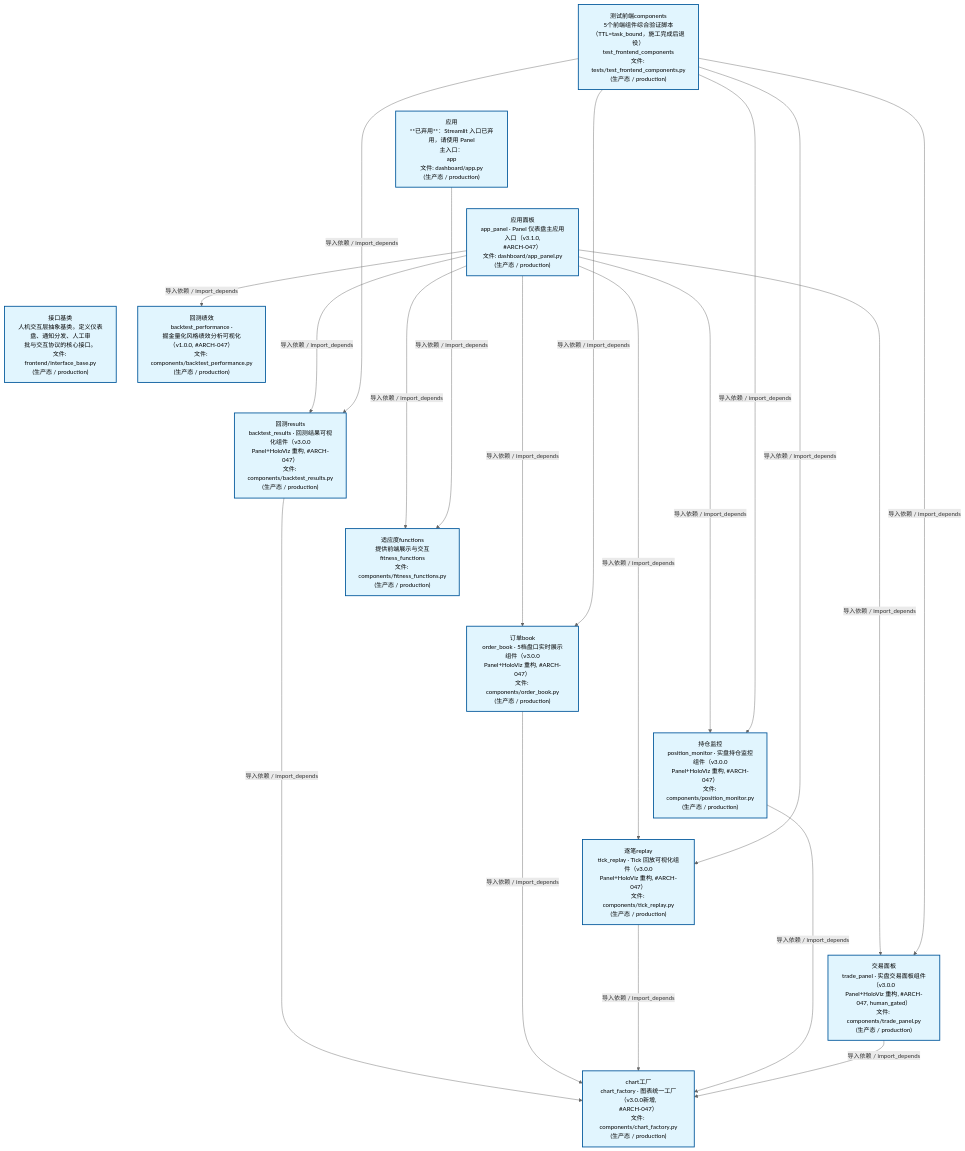
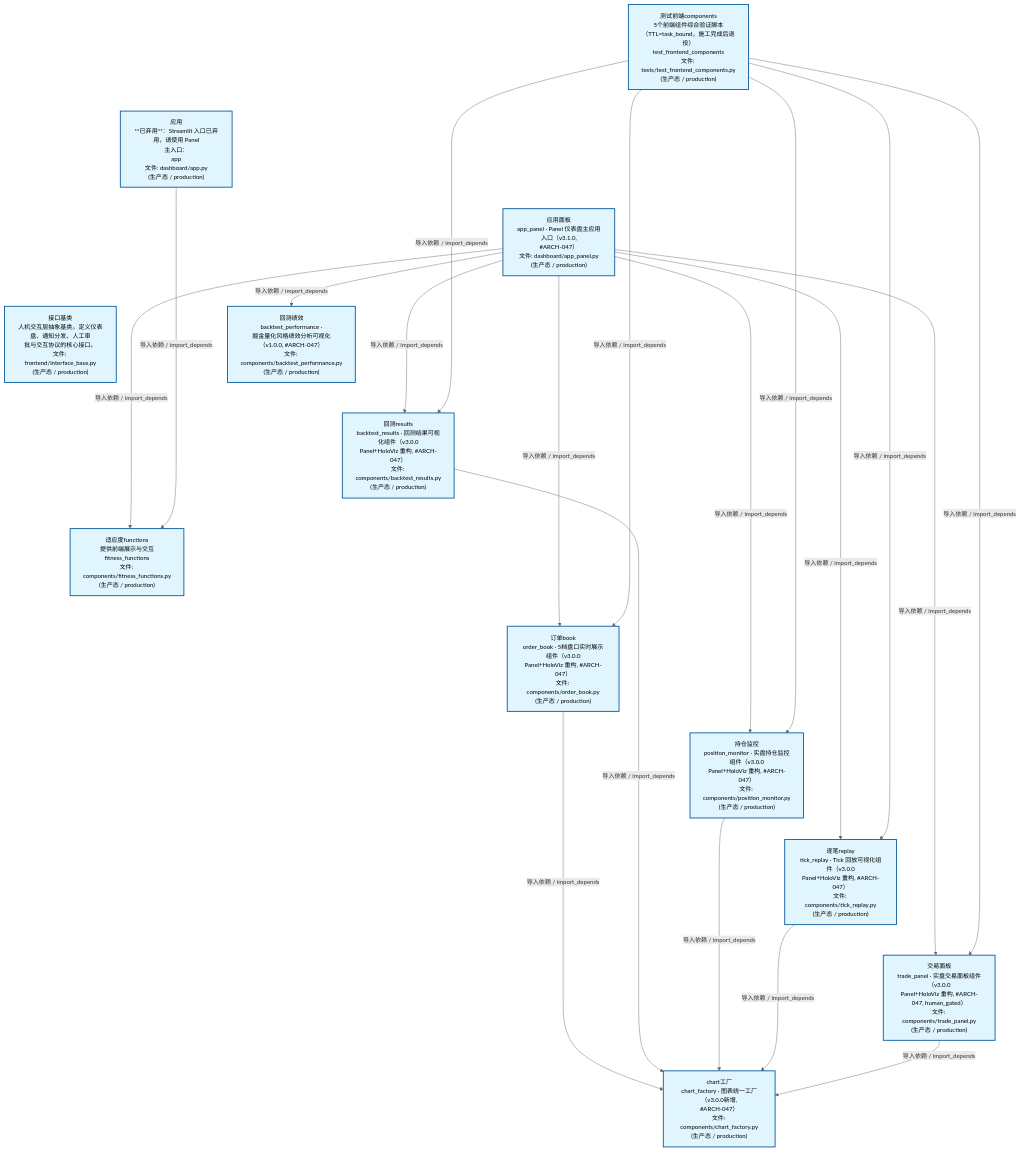
One commit to xuanFelixVan/ZephyrAlpha changed the second of 4 diagrams in docs/02_enterprise_architecture/02_domain_architecture_docs/47_d_frontend.md. Above: the diagram before and after it, drawn with Mermaid. The commit also changed other lines of this file and 46 other files, not shown here.

````diff
--- a/docs/02_enterprise_architecture/02_domain_architecture_docs/47_d_frontend.md
+++ b/docs/02_enterprise_architecture/02_domain_architecture_docs/47_d_frontend.md
@@ -124,48 +124,48 @@
 ```mermaid
 %%{init: {'theme': 'base', 'themeVariables': {'primaryColor': '#eaeaea', 'primaryTextColor': '#333333', 'primaryBorderColor': '#666666', 'lineColor': '#666666', 'secondaryColor': '#eaeaea', 'tertiaryColor': '#eaeaea', 'fontSize': '14px'}}}%%
 flowchart TD
     scripts_tests_test_frontend_components_py["测试前端components<br/>5个前端组件综合验证脚本<br/>（TTL=task_bound，施工完成后退役）<br/>test_frontend_components<br/>文件: tests/test_frontend_components.py<br/>(生产态 / production)"]
     src_zephyr_frontend_dashboard_app_py["应用<br/>**已弃用**：Streamlit 入口已弃用，请使用 Panel<br/>主入口：<br/>app<br/>文件: dashboard/app.py<br/>(生产态 / production)"]
     src_zephyr_frontend_dashboard_app_panel_py["应用面板<br/>app_panel · Panel 仪表盘主应用入口（v3.1.0,<br/>#ARCH-047）<br/>文件: dashboard/app_panel.py<br/>(生产态 / production)"]
     src_zephyr_frontend_interface_base_py["接口基类<br/>人机交互层抽象基类。定义仪表盘、通知分发、人工审<br/>批与交互协议的核心接口。<br/>文件: frontend/interface_base.py<br/>(生产态 / production)"]
     scripts_tests_test_frontend_components_py ~~~ src_zephyr_frontend_dashboard_app_py
     src_zephyr_frontend_dashboard_app_py ~~~ src_zephyr_frontend_dashboard_app_panel_py
     src_zephyr_frontend_dashboard_app_panel_py ~~~ src_zephyr_frontend_interface_base_py
     src_zephyr_frontend_dashboard_components_backtest_performance_py["回测绩效<br/>backtest_performance ·<br/>掘金量化风格绩效分析可视化（v1.0.0, #ARCH-047）<br/>文件: components/backtest_performance.py<br/>(生产态 / production)"]
     src_zephyr_frontend_dashboard_components_backtest_results_py["回测results<br/>backtest_results · 回测结果可视化组件（v3.0.0<br/>Panel+HoloViz 重构, #ARCH-047）<br/>文件: components/backtest_results.py<br/>(生产态 / production)"]
     src_zephyr_frontend_dashboard_components_fitness_functions_py["适应度functions<br/>提供前端展示与交互<br/>fitness_functions<br/>文件: components/fitness_functions.py<br/>(生产态 / production)"]
     src_zephyr_frontend_dashboard_components_order_book_py["订单book<br/>order_book · 5档盘口实时展示组件（v3.0.0<br/>Panel+HoloViz 重构, #ARCH-047）<br/>文件: components/order_book.py<br/>(生产态 / production)"]
     src_zephyr_frontend_dashboard_components_position_monitor_py["持仓监控<br/>position_monitor · 实盘持仓监控组件（v3.0.0<br/>Panel+HoloViz 重构, #ARCH-047）<br/>文件: components/position_monitor.py<br/>(生产态 / production)"]
     src_zephyr_frontend_dashboard_components_tick_replay_py["逐笔replay<br/>tick_replay · Tick 回放可视化组件（v3.0.0<br/>Panel+HoloViz 重构, #ARCH-047）<br/>文件: components/tick_replay.py<br/>(生产态 / production)"]
     src_zephyr_frontend_dashboard_components_trade_panel_py["交易面板<br/>trade_panel · 实盘交易面板组件（v3.0.0<br/>Panel+HoloViz 重构, #ARCH-047, human_gated）<br/>文件: components/trade_panel.py<br/>(生产态 / production)"]
     src_zephyr_frontend_dashboard_components_backtest_performance_py ~~~ src_zephyr_frontend_dashboard_components_backtest_results_py
     src_zephyr_frontend_dashboard_components_backtest_results_py ~~~ src_zephyr_frontend_dashboard_components_fitness_functions_py
     src_zephyr_frontend_dashboard_components_fitness_functions_py ~~~ src_zephyr_frontend_dashboard_components_order_book_py
     src_zephyr_frontend_dashboard_components_order_book_py ~~~ src_zephyr_frontend_dashboard_components_position_monitor_py
     src_zephyr_frontend_dashboard_components_position_monitor_py ~~~ src_zephyr_frontend_dashboard_components_tick_replay_py
     src_zephyr_frontend_dashboard_components_tick_replay_py ~~~ src_zephyr_frontend_dashboard_components_trade_panel_py
     src_zephyr_frontend_dashboard_components_chart_factory_py["chart工厂<br/>chart_factory · 图表统一工厂（v3.0.0新增,<br/>#ARCH-047）<br/>文件: components/chart_factory.py<br/>(生产态 / production)"]
     src_zephyr_frontend_dashboard_app_panel_py -->|导入依赖 / import_depends| src_zephyr_frontend_dashboard_components_backtest_performance_py
-    src_zephyr_frontend_dashboard_app_panel_py -->|导入依赖 / import_depends| src_zephyr_frontend_dashboard_components_backtest_results_py
     src_zephyr_frontend_dashboard_app_panel_py -->|导入依赖 / import_depends| src_zephyr_frontend_dashboard_components_fitness_functions_py
     src_zephyr_frontend_dashboard_app_panel_py -->|导入依赖 / import_depends| src_zephyr_frontend_dashboard_components_order_book_py
+    src_zephyr_frontend_dashboard_app_panel_py -->|导入依赖 / import_depends| src_zephyr_frontend_dashboard_components_backtest_results_py
+    src_zephyr_frontend_dashboard_app_panel_py -->|导入依赖 / import_depends| src_zephyr_frontend_dashboard_components_position_monitor_py
     src_zephyr_frontend_dashboard_app_panel_py -->|导入依赖 / import_depends| src_zephyr_frontend_dashboard_components_tick_replay_py
-    src_zephyr_frontend_dashboard_app_panel_py -->|导入依赖 / import_depends| src_zephyr_frontend_dashboard_components_position_monitor_py
     src_zephyr_frontend_dashboard_app_panel_py -->|导入依赖 / import_depends| src_zephyr_frontend_dashboard_components_trade_panel_py
     src_zephyr_frontend_dashboard_app_py -->|导入依赖 / import_depends| src_zephyr_frontend_dashboard_components_fitness_functions_py
+    src_zephyr_frontend_dashboard_components_order_book_py -->|导入依赖 / import_depends| src_zephyr_frontend_dashboard_components_chart_factory_py
     src_zephyr_frontend_dashboard_components_backtest_results_py -->|导入依赖 / import_depends| src_zephyr_frontend_dashboard_components_chart_factory_py
-    src_zephyr_frontend_dashboard_components_order_book_py -->|导入依赖 / import_depends| src_zephyr_frontend_dashboard_components_chart_factory_py
+    src_zephyr_frontend_dashboard_components_position_monitor_py -->|导入依赖 / import_depends| src_zephyr_frontend_dashboard_components_chart_factory_py
     src_zephyr_frontend_dashboard_components_tick_replay_py -->|导入依赖 / import_depends| src_zephyr_frontend_dashboard_components_chart_factory_py
-    src_zephyr_frontend_dashboard_components_position_monitor_py -->|导入依赖 / import_depends| src_zephyr_frontend_dashboard_components_chart_factory_py
     src_zephyr_frontend_dashboard_components_trade_panel_py -->|导入依赖 / import_depends| src_zephyr_frontend_dashboard_components_chart_factory_py
+    scripts_tests_test_frontend_components_py -->|导入依赖 / import_depends| src_zephyr_frontend_dashboard_components_order_book_py
     scripts_tests_test_frontend_components_py -->|导入依赖 / import_depends| src_zephyr_frontend_dashboard_components_backtest_results_py
-    scripts_tests_test_frontend_components_py -->|导入依赖 / import_depends| src_zephyr_frontend_dashboard_components_order_book_py
+    scripts_tests_test_frontend_components_py -->|导入依赖 / import_depends| src_zephyr_frontend_dashboard_components_position_monitor_py
     scripts_tests_test_frontend_components_py -->|导入依赖 / import_depends| src_zephyr_frontend_dashboard_components_tick_replay_py
-    scripts_tests_test_frontend_components_py -->|导入依赖 / import_depends| src_zephyr_frontend_dashboard_components_position_monitor_py
     scripts_tests_test_frontend_components_py -->|导入依赖 / import_depends| src_zephyr_frontend_dashboard_components_trade_panel_py
     classDef production fill:#e1f5fe,stroke:#01579b,stroke-width:2px,color:#000
     classDef design fill:#fff3e0,stroke:#e65100,stroke-width:2px,color:#000,stroke-dasharray: 5 5
     classDef external_prod fill:#e8f4fd,stroke:#0277bd,stroke-width:1px,color:#000
     classDef external_design fill:#fff8e7,stroke:#ef6c00,stroke-width:1px,color:#000,stroke-dasharray: 5 5
     class scripts_tests_test_frontend_components_py,src_zephyr_frontend_dashboard_app_py,src_zephyr_frontend_dashboard_app_panel_py,src_zephyr_frontend_dashboard_components_backtest_performance_py,src_zephyr_frontend_dashboard_components_backtest_results_py,src_zephyr_frontend_dashboard_components_chart_factory_py,src_zephyr_frontend_dashboard_components_fitness_functions_py,src_zephyr_frontend_dashboard_components_order_book_py,src_zephyr_frontend_dashboard_components_position_monitor_py,src_zephyr_frontend_dashboard_components_tick_replay_py,src_zephyr_frontend_dashboard_components_trade_panel_py,src_zephyr_frontend_interface_base_py production
 ```
````
